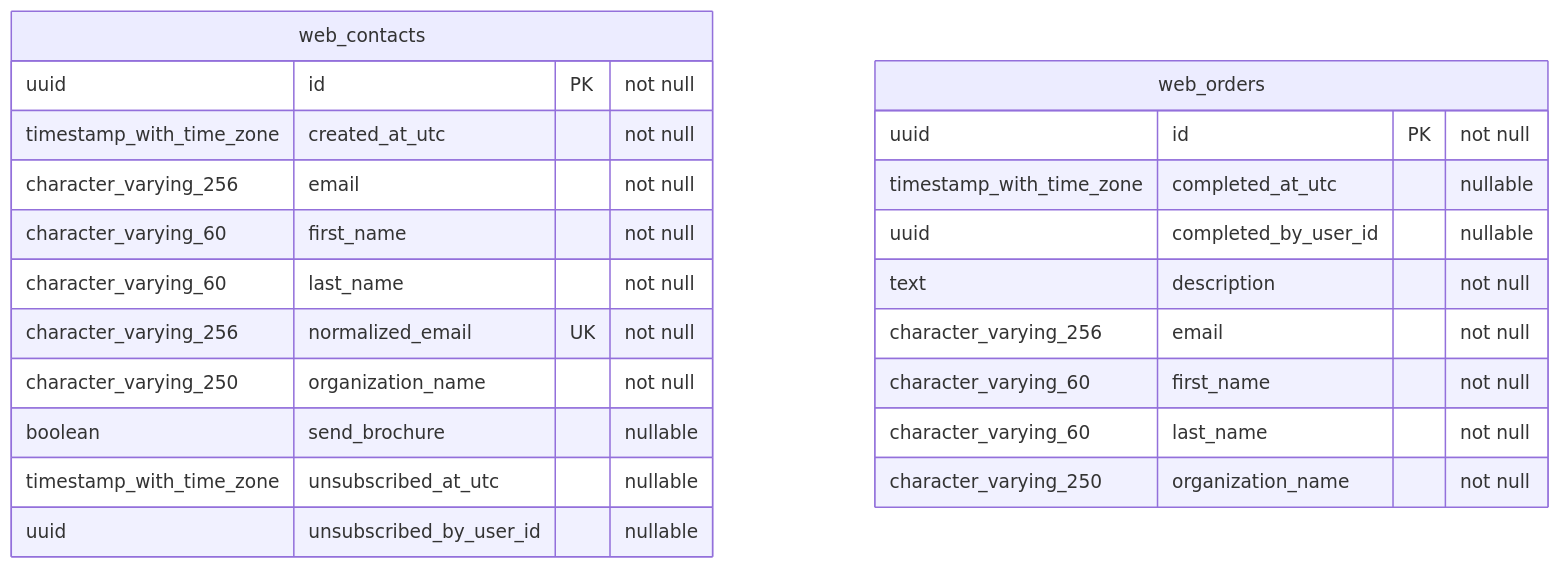
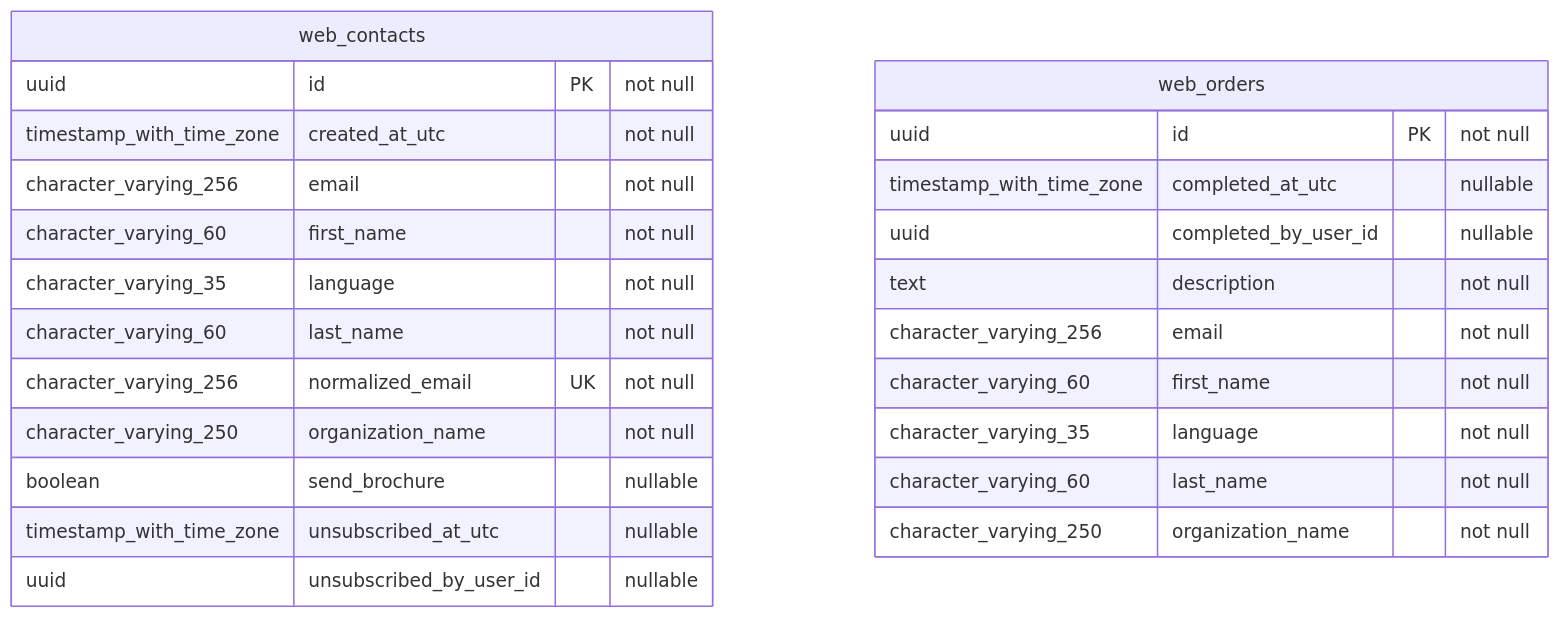
Diagram 30 of 31 in docs/database-erd.md (behaack/phaeno-ops-mgmt-system), drawn with Mermaid before and after one commit. The commit also changed other lines of this file and 299 other files, not shown here.

````diff
--- a/docs/database-erd.md
+++ b/docs/database-erd.md
@@ -3796,25 +3878,27 @@
 ```mermaid
 erDiagram
     web_contacts {
         uuid id PK "not null"
         timestamp_with_time_zone created_at_utc "not null"
         character_varying_256 email "not null"
         character_varying_60 first_name "not null"
+        character_varying_35 language "not null"
         character_varying_60 last_name "not null"
         character_varying_256 normalized_email UK "not null"
         character_varying_250 organization_name "not null"
         boolean send_brochure "nullable"
         timestamp_with_time_zone unsubscribed_at_utc "nullable"
         uuid unsubscribed_by_user_id "nullable"
     }
     web_orders {
         uuid id PK "not null"
         timestamp_with_time_zone completed_at_utc "nullable"
         uuid completed_by_user_id "nullable"
         text description "not null"
         character_varying_256 email "not null"
         character_varying_60 first_name "not null"
+        character_varying_35 language "not null"
         character_varying_60 last_name "not null"
         character_varying_250 organization_name "not null"
     }
 ```
````
